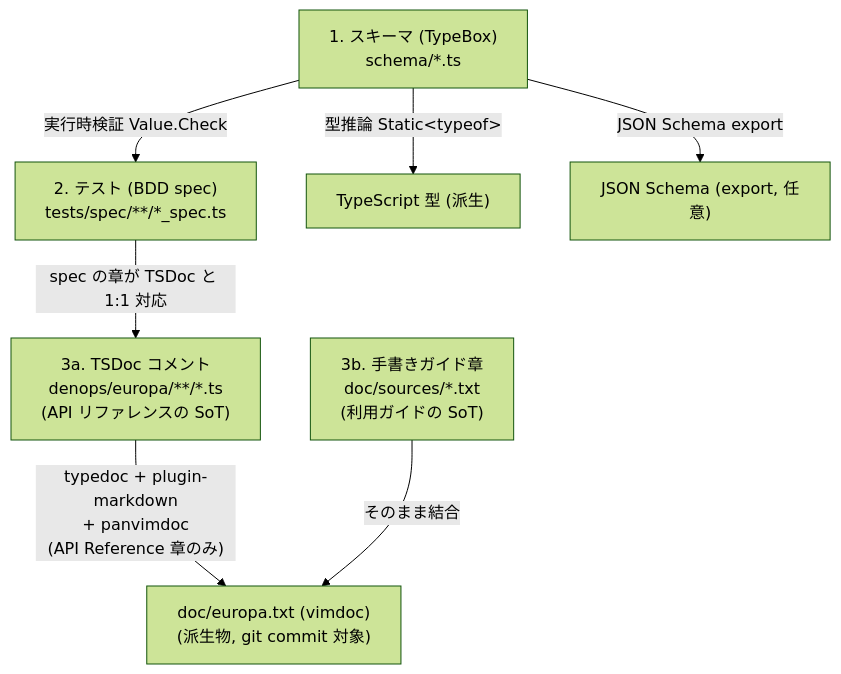
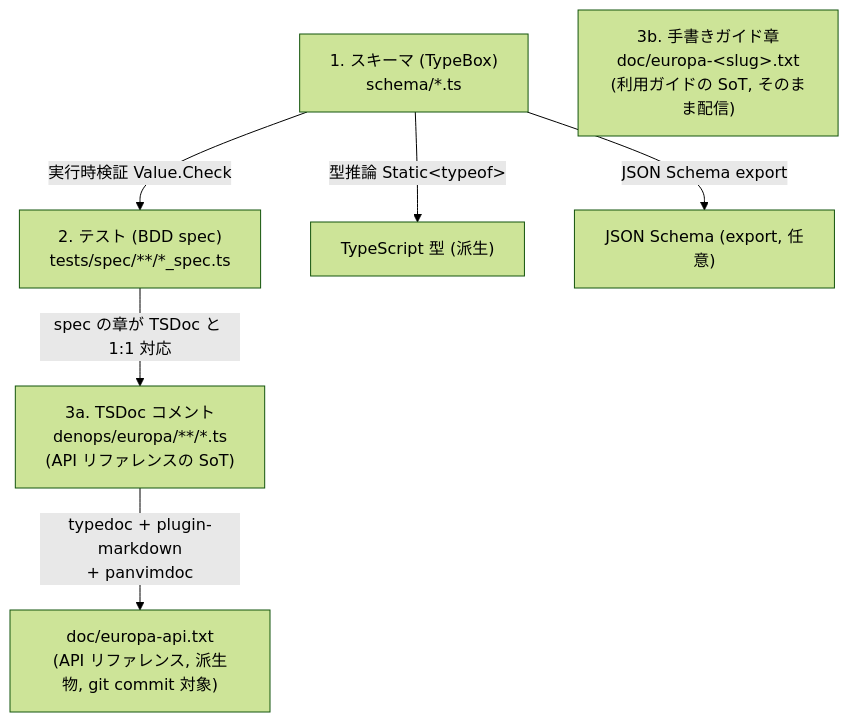
Before and after one commit to peacock0803sz/Europa.vim: the first of 13 diagrams in DESIGN.ja.md, drawn with Mermaid (forest theme). The commit also changed other lines of this file and 6 other files, not shown here.

````diff
--- a/DESIGN.ja.md
+++ b/DESIGN.ja.md
@@ -34,16 +34,15 @@
 ```mermaid
 graph TD
   Sc["1. スキーマ (TypeBox)<br/>schema/*.ts"]
   Te["2. テスト (BDD spec)<br/>tests/spec/**/*_spec.ts"]
   Co3a["3a. TSDoc コメント<br/>denops/europa/**/*.ts<br/>(API リファレンスの SoT)"]
-  Co3b["3b. 手書きガイド章<br/>doc/sources/*.txt<br/>(利用ガイドの SoT)"]
-  Vd["doc/europa.txt (vimdoc)<br/>(派生物, git commit 対象)"]
+  Co3b["3b. 手書きガイド章<br/>doc/europa-&lt;slug&gt;.txt<br/>(利用ガイドの SoT, そのまま配信)"]
+  Vd["doc/europa-api.txt<br/>(API リファレンス, 派生物, git commit 対象)"]
   Tp["TypeScript 型 (派生)"]
   Js["JSON Schema (export, 任意)"]
   Sc -->|"型推論 Static&lt;typeof&gt;"| Tp
   Sc -->|"JSON Schema export"| Js
   Sc -->|"実行時検証 Value.Check"| Te
   Te -->|"spec の章が TSDoc と 1:1 対応"| Co3a
-  Co3a -->|"typedoc + plugin-markdown<br/>+ panvimdoc<br/>(API Reference 章のみ)"| Vd
-  Co3b -->|"そのまま結合"| Vd
+  Co3a -->|"typedoc + plugin-markdown<br/>+ panvimdoc"| Vd
 ```
````
